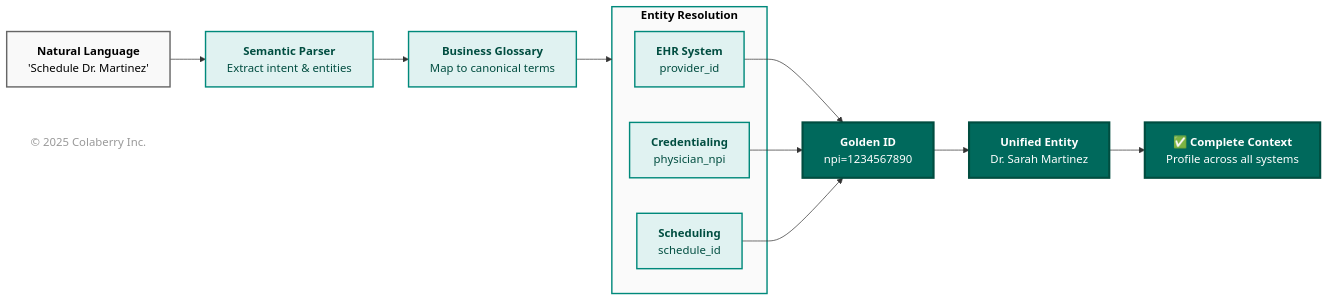
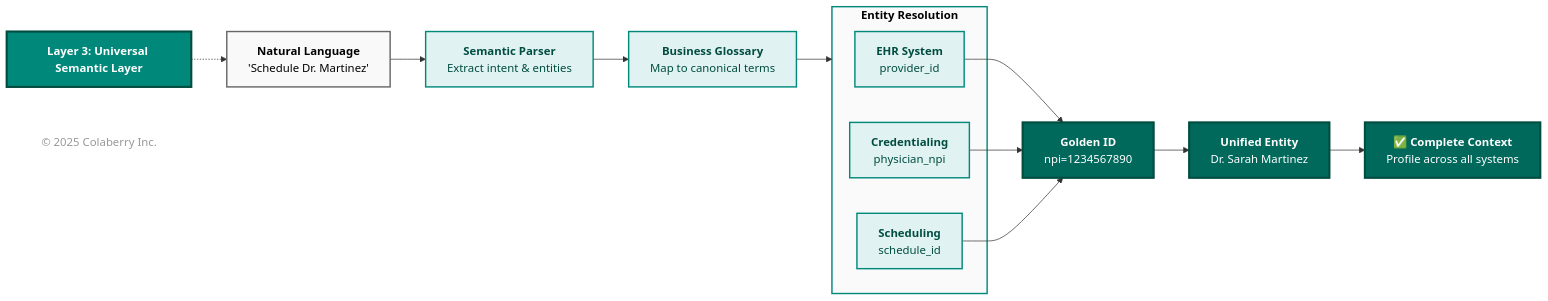
The sixth of 18 diagrams in chapter-01/chapter_1_complete.md (colaberry/enterprise-data-readiness-ai-agents), drawn with Mermaid before and after one commit. The commit also changed other lines of this file, not shown here.

First line of the commit message:
chapter 1 diagrams restructured

````diff
--- a/chapter-01/chapter_1_complete.md
+++ b/chapter-01/chapter_1_complete.md
@@ -812,46 +820,49 @@
 ```mermaid
 flowchart LR
+    TITLE["<b>Layer 3: Universal Semantic Layer</b>"]
+    
     NL["<b>Natural Language</b><br/>'Schedule Dr. Martinez'"]
     
     PARSE["<b>Semantic Parser</b><br/>Extract intent & entities"]
     
     GLOSS["<b>Business Glossary</b><br/>Map to canonical terms"]
     
     subgraph resolve["<b>Entity Resolution</b>"]
         E1["<b>EHR System</b><br/>provider_id"]
         E2["<b>Credentialing</b><br/>physician_npi"]
         E3["<b>Scheduling</b><br/>schedule_id"]
     end
     
     GOLD["<b>Golden ID</b><br/>npi=1234567890"]
     
     ENTITY["<b>Unified Entity</b><br/>Dr. Sarah Martinez"]
     
     CONTEXT["<b>✅ Complete Context</b><br/>Profile across all systems"]
     
+    TITLE -.-> NL
     NL --> PARSE
     PARSE --> GLOSS
     GLOSS --> resolve
     E1 --> GOLD
     E2 --> GOLD
     E3 --> GOLD
     GOLD --> ENTITY
     ENTITY --> CONTEXT
     
+    style TITLE fill:#00897b,color:#ffffff,stroke:#004d40,stroke-width:3px,font-size:16px
     style NL fill:#f9f9f9,stroke:#666666,stroke-width:2px,color:#000000
     style PARSE fill:#e0f2f1,stroke:#00897b,stroke-width:2px,color:#004d40
     style GLOSS fill:#e0f2f1,stroke:#00897b,stroke-width:2px,color:#004d40
     style resolve fill:#fafafa,stroke:#00897b,stroke-width:2px,color:#000000
     style E1 fill:#e0f2f1,stroke:#00897b,stroke-width:2px,color:#004d40
     style E2 fill:#e0f2f1,stroke:#00897b,stroke-width:2px,color:#004d40
     style E3 fill:#e0f2f1,stroke:#00897b,stroke-width:2px,color:#004d40
     style GOLD fill:#00695c,color:#ffffff,stroke:#004d40,stroke-width:3px
     style ENTITY fill:#00695c,color:#ffffff,stroke:#004d40,stroke-width:3px
+    style CONTEXT fill:#00695c,color:#ffffff,stroke:#004d40,stroke-width:3px
 
     %% Copyright Notice
     CR["© 2025 Colaberry Inc."]
-
-    style CONTEXT fill:#00695c,color:#ffffff,stroke:#004d40,stroke-width:3px
     style CR fill:none,stroke:none,color:#999999
 
 ```
````
